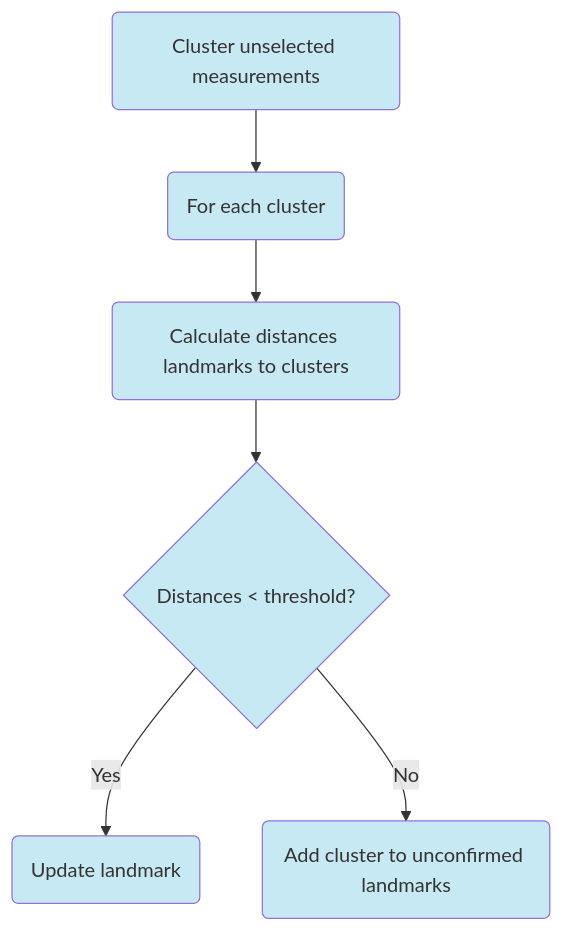
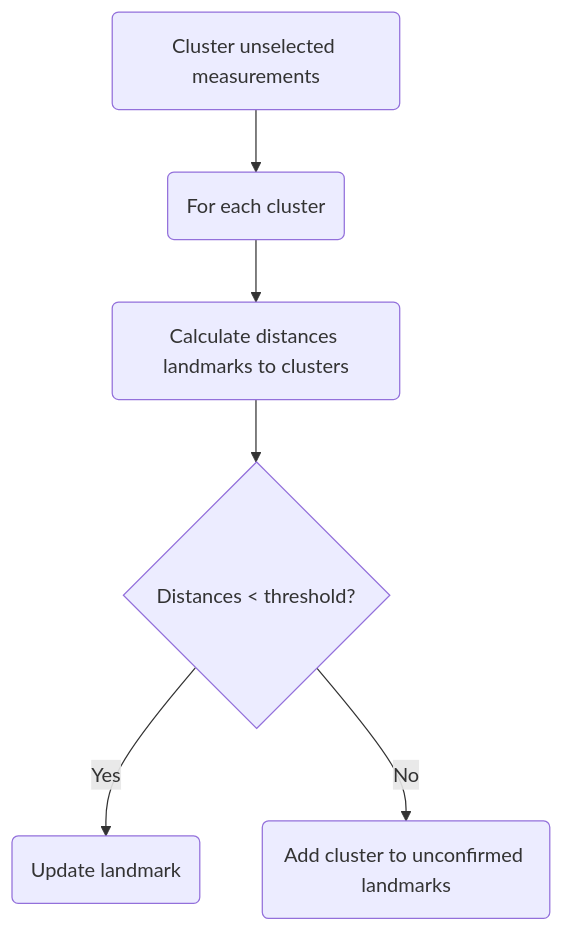
One commit to beteje/beteje.github.io changed the fourth of 6 diagrams in _projects/radarslam.md. Above: the diagram before and after it, drawn with Mermaid. The commit also changed other lines of this file and 5 other files, not shown here.

Commit message:
Fixed update issues with Mermaid

```diff
--- a/_projects/radarslam.md
+++ b/_projects/radarslam.md
@@ -114,12 +109,9 @@
-    {% mermaid %}
+    <pre class="mermaid">
       graph TD
         C1(Cluster unselected measurements)
         C1 --> C2(For each cluster)
         C2 --> C3(Calculate distances landmarks to clusters)
         C3 --> C4{Distances < threshold?}
         C4 --"Yes"--> C5(Update landmark)
         C4 --"No"--> C6(Add cluster to unconfirmed landmarks)
-
-        classDef myGraph fill:#c7e9f3;
-        class C1,C2,C3,C4,C5,C6 myGraph
-    {% endmermaid %}
+    </pre>
```
